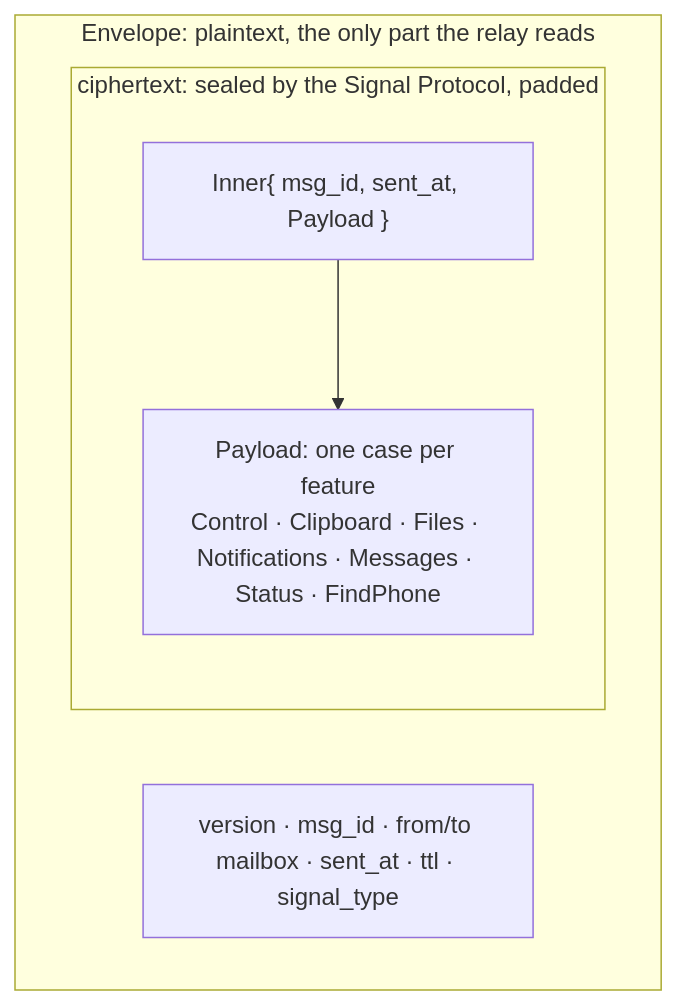
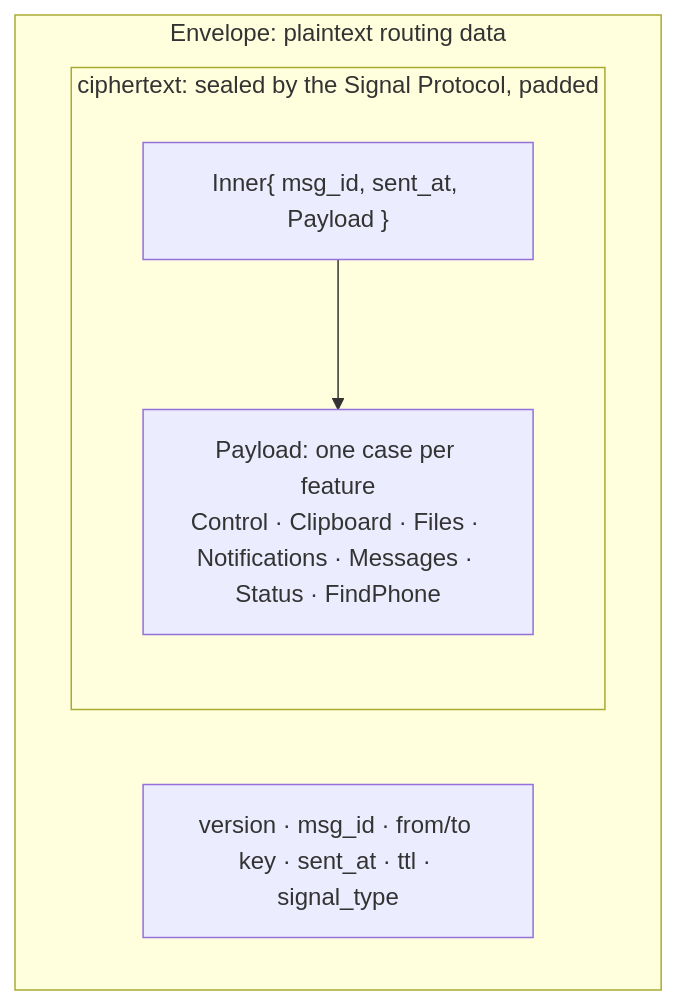
One commit to aveterosystems/seam changed the first of 2 diagrams in protocol/README.md. Above: the diagram before and after it, drawn with Mermaid. The commit also changed other lines of this file and 75 other files, not shown here.

First line of the commit message:
Remove the retired relay; docs describe Same Wi‑Fi and Tor only (#48)

````diff
--- a/protocol/README.md
+++ b/protocol/README.md
@@ -7,11 +7,11 @@
 ```mermaid
 flowchart TB
-    subgraph Env["Envelope: plaintext, the only part the relay reads"]
-        R["version · msg_id · from/to mailbox · sent_at · ttl · signal_type"]
+    subgraph Env["Envelope: plaintext routing data"]
+        R["version · msg_id · from/to key · sent_at · ttl · signal_type"]
         subgraph Sealed["ciphertext: sealed by the Signal Protocol, padded"]
             I["Inner{ msg_id, sent_at, Payload }"]
             P["Payload: one case per feature<br/>Control · Clipboard · Files · Notifications · Messages · Status · FindPhone"]
             I --> P
         end
     end
 ```
````
